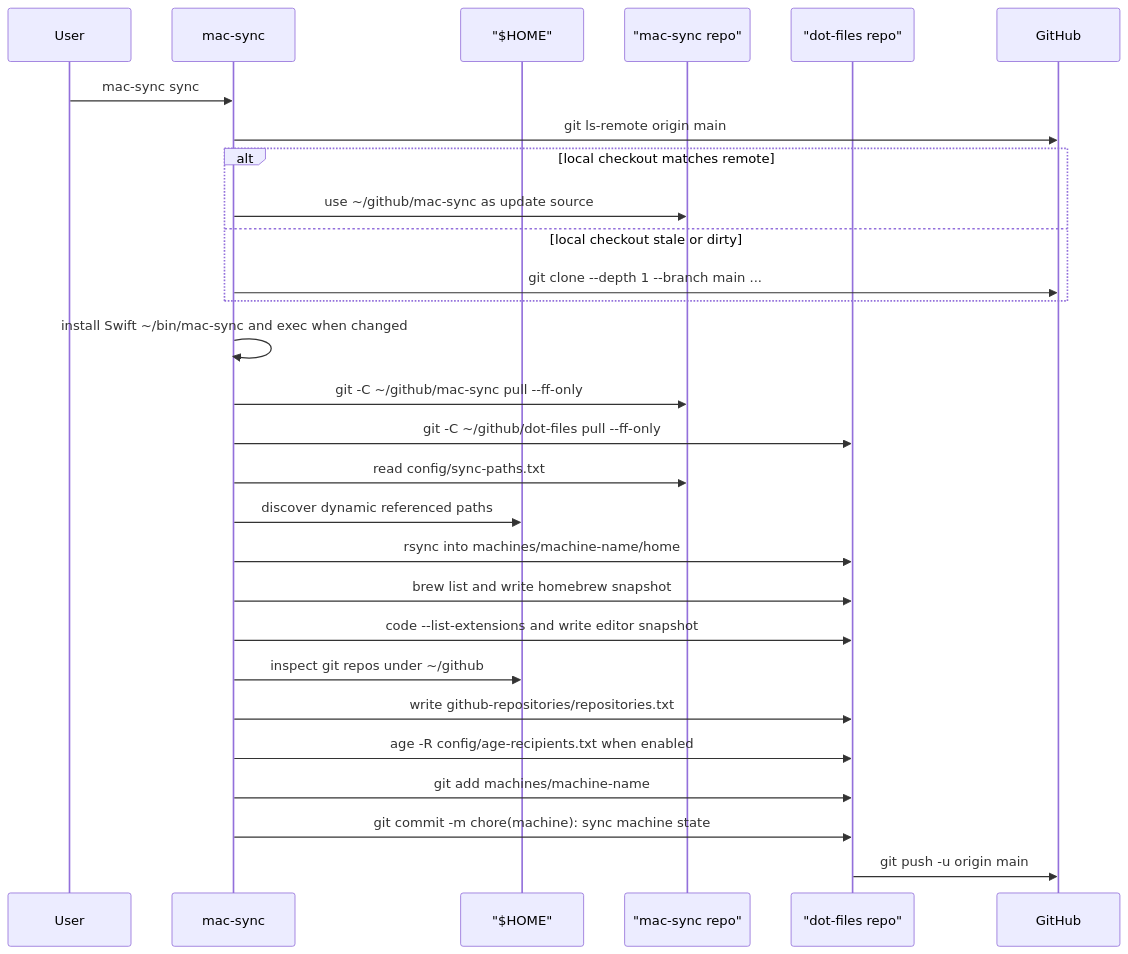
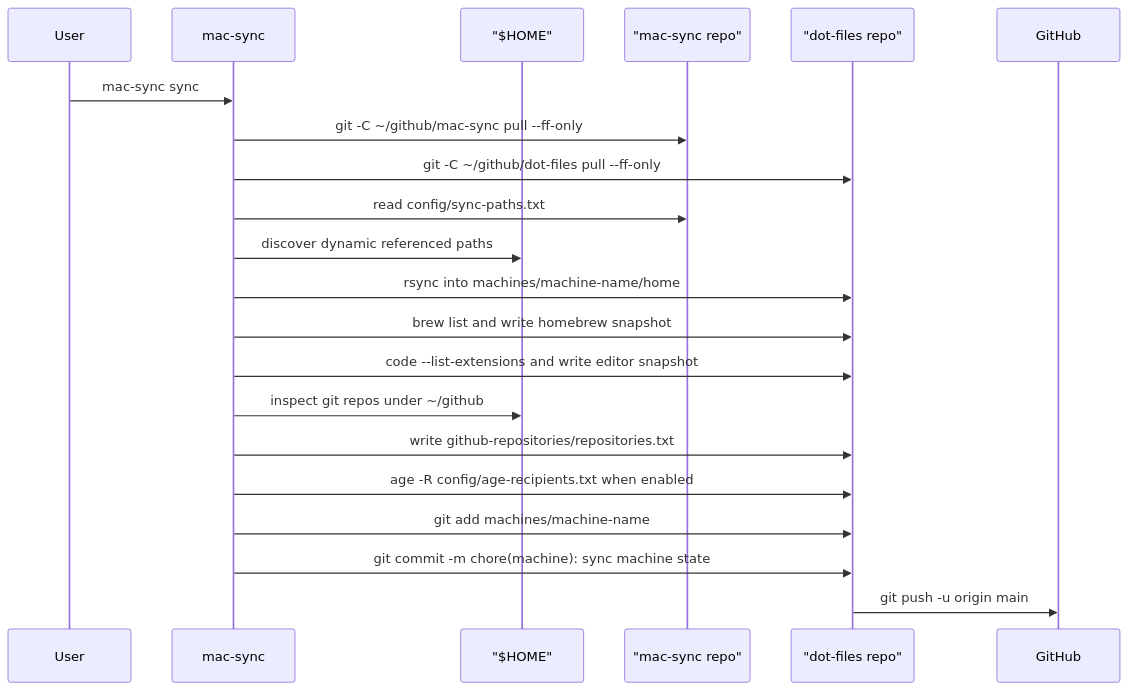
Before and after one commit to stephenlclarke/mac-sync: the second of 4 diagrams in WORKFLOW.md, drawn with Mermaid. The commit also changed other lines of this file, not shown here.

````diff
--- a/WORKFLOW.md
+++ b/WORKFLOW.md
@@ -229,31 +143,23 @@
 ```mermaid
 sequenceDiagram
   participant User
   participant CLI as mac-sync
   participant Home as "$HOME"
   participant Code as "mac-sync repo"
   participant Snap as "dot-files repo"
-  participant GitHub
 
   User->>CLI: mac-sync sync
-  CLI->>GitHub: git ls-remote origin main
-  alt local checkout matches remote
-    CLI->>Code: use ~/github/mac-sync as update source
-  else local checkout stale or dirty
-    CLI->>GitHub: git clone --depth 1 --branch main ...
-  end
-  CLI->>CLI: install Swift ~/bin/mac-sync and exec when changed
   CLI->>Code: git -C ~/github/mac-sync pull --ff-only
   CLI->>Snap: git -C ~/github/dot-files pull --ff-only
   CLI->>Code: read config/sync-paths.txt
   CLI->>Home: discover dynamic referenced paths
   CLI->>Snap: rsync into machines/machine-name/home
   CLI->>Snap: brew list and write homebrew snapshot
   CLI->>Snap: code --list-extensions and write editor snapshot
   CLI->>Home: inspect git repos under ~/github
   CLI->>Snap: write github-repositories/repositories.txt
   CLI->>Snap: age -R config/age-recipients.txt when enabled
   CLI->>Snap: git add machines/machine-name
   CLI->>Snap: git commit -m chore(machine): sync machine state
   Snap->>GitHub: git push -u origin main
 ```
````
